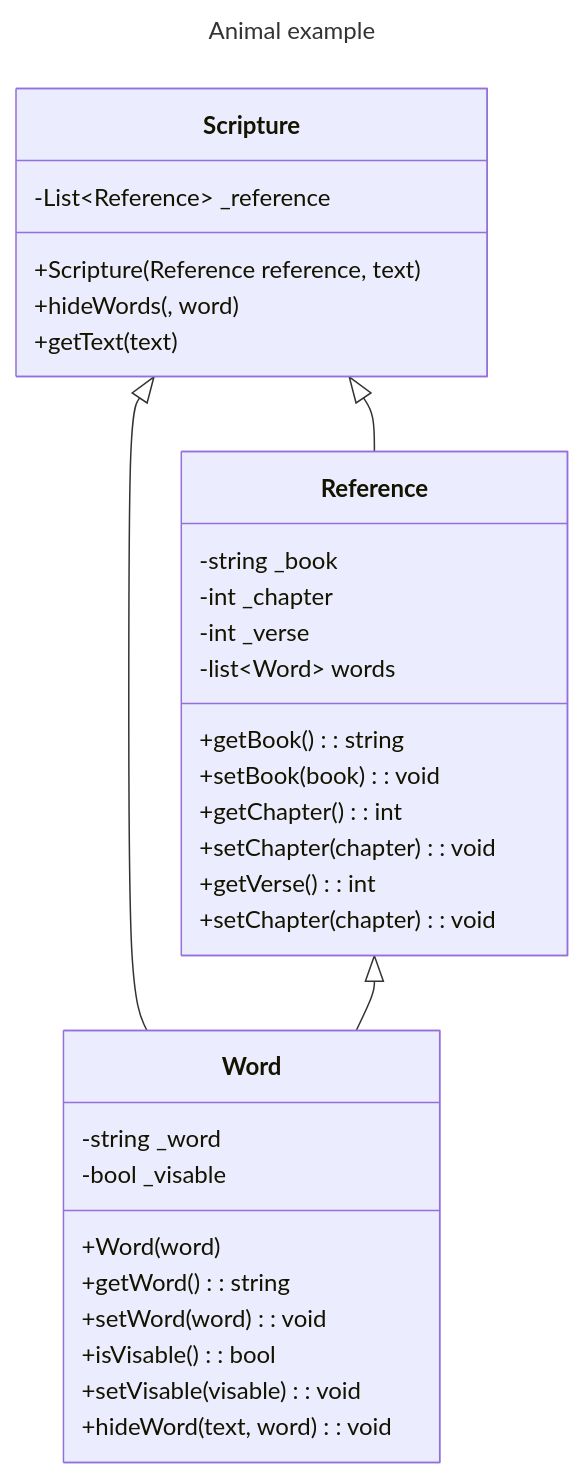
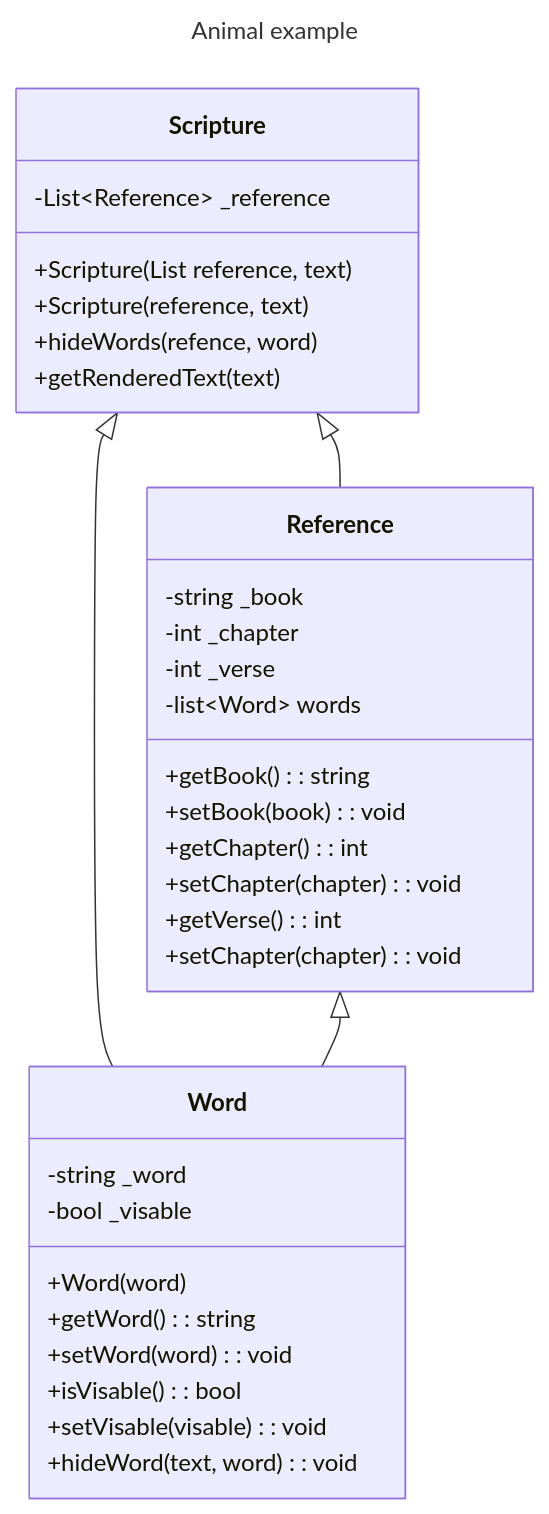
One commit to taggmcd/cse210 changed the diagram in prove/Develop03/README.md. Above: the diagram before and after it, drawn with Mermaid.

Commit message:
Class diagram

````diff
--- a/prove/Develop03/README.md
+++ b/prove/Develop03/README.md
@@ -1,44 +1,46 @@
 ```mermaid
 ---
 title: Animal example
 ---
 classDiagram
     class Scripture{
         -List~Reference~ _reference
 
-        +Scripture(Reference reference, text)
-        +hideWords(, word)
-        +getText(text)
+        +Scripture(List reference, text)
+        +Scripture(reference, text)
+
+        +hideWords(refence, word)
+        +getRenderedText(text)
 
     }
 
     class Reference{
         -string _book
         -int _chapter
         -int _verse
         -list~Word~ words
 
         +getBook() : string
         +setBook(book) : void
         +getChapter() : int
         +setChapter(chapter) : void
         +getVerse() : int
         +setChapter(chapter) : void
     }
 
     class Word{
         -string _word
         -bool _visable
 
         +Word(word)
         +getWord() : string
         +setWord(word) : void
         +isVisable() : bool
         +setVisable(visable) : void
         +hideWord(text, word) : void
     }
 
     Scripture <|-- Reference
     Scripture <|-- Word
     Reference <|-- Word
 ```
````
